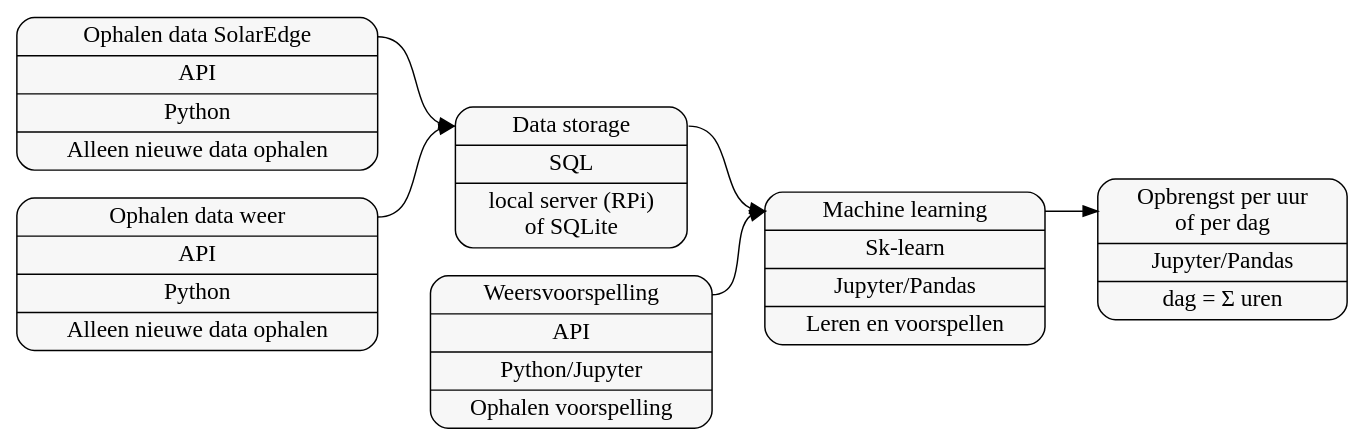
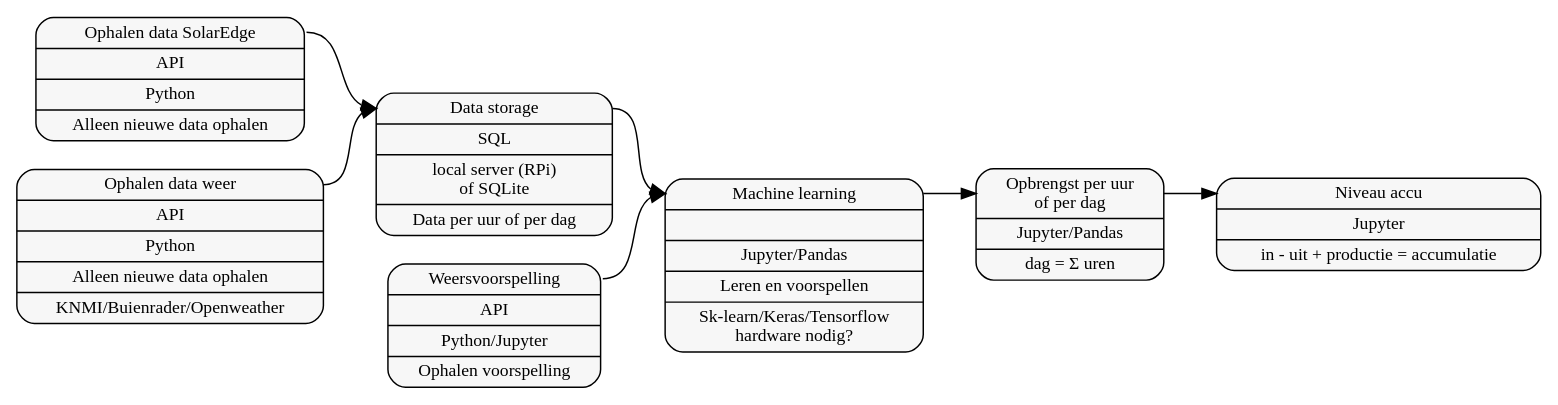
The diagram in diagram.dot (bosgnoom/data-engineer-eindopdracht), drawn with Graphviz before and after one commit. The commit also changed 2 other files, not shown here.

Commit message:
Updated diagram, includes accu

```diff
--- a/diagram.dot
+++ b/diagram.dot
@@ -1,51 +1,57 @@
 digraph g {
     graph [
         rankdir = "LR"
     ];
     
     node [
-        fontsize = "16"
+        fontsize = "12"
         style="rounded,filled"
         fillcolor="#F7F7F7"
     ];
     
     edge [
     ];
     
     "node0" [
         label = "<f0> Ophalen data SolarEdge | API | Python | Alleen nieuwe data ophalen "
         shape = "record"
     ];
     
     "node1" [
-        label = "<f0> Ophalen data weer | API | Python | Alleen nieuwe data ophalen "
+        label = "<f0> Ophalen data weer | API | Python | Alleen nieuwe data ophalen | KNMI/Buienrader/Openweather"
         shape = "record"
     ];
     
     "node2" [
-        label = "<f0> Data storage | SQL | local server (RPi)\nof SQLite "
+        label = "<f0> Data storage | SQL | local server (RPi)\nof SQLite | Data per uur of per dag"
         shape = "record"
     ];
     
     "node_weer" [
         label = "<f0> Weersvoorspelling | API | Python/Jupyter | Ophalen voorspelling "
         shape = "record"
     ];
     
     "node_ML" [
-        label = "<f0> Machine learning | Sk-learn | Jupyter/Pandas | Leren en voorspellen "
+        label = "<f0> Machine learning |  | Jupyter/Pandas | Leren en voorspellen | Sk-learn/Keras/Tensorflow\nhardware nodig?"
         shape = "record"
     ];
     
     "node_opbrengst" [
         label = "<f0> Opbrengst per uur\nof per dag | Jupyter/Pandas | dag = &Sigma; uren "
         shape = "record"
     ];
     
+    "node_accu" [
+        label = "<f0> Niveau accu | Jupyter | in - uit + productie = accumulatie "
+        shape = "record"
+    ];
+    
     "node_weer":f0 -> "node_ML":f0
     "node0":f0 -> "node2":f0
     "node1":f0 -> "node2":f0
     "node2":f0 -> "node_ML":f0
     "node_ML":f0 -> "node_opbrengst":f0
+    "node_opbrengst":f0 -> "node_accu":f0
     
 }
```
